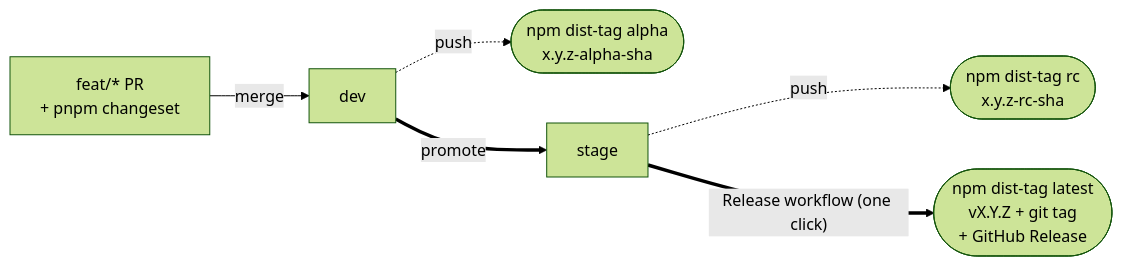
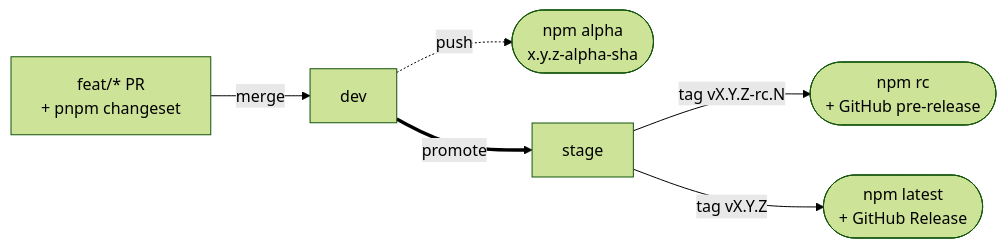
The diagram in CONTRIBUTING.md (blurifycom/openora), drawn with Mermaid (forest theme) before and after one commit. The commit also changed other lines of this file and 2 other files, not shown here.

Commit message:
ci: tag-driven rc + stable releases (alpha stays auto on dev)

````diff
--- a/CONTRIBUTING.md
+++ b/CONTRIBUTING.md
@@ -67,8 +67,8 @@
 ```mermaid
 flowchart LR
     PR["feat/* PR<br/>+ pnpm changeset"] -->|merge| DEV[dev]
-    DEV -. push .-> ALPHA(["npm dist-tag alpha<br/>x.y.z-alpha-sha"])
+    DEV -. push .-> ALPHA(["npm alpha<br/>x.y.z-alpha-sha"])
     DEV ==>|promote| STAGE[stage]
-    STAGE -. push .-> RC(["npm dist-tag rc<br/>x.y.z-rc-sha"])
-    STAGE ==>|"Release workflow (one click)"| LATEST(["npm dist-tag latest<br/>vX.Y.Z + git tag<br/>+ GitHub Release"])
+    STAGE -->|"tag vX.Y.Z-rc.N"| RC(["npm rc<br/>+ GitHub pre-release"])
+    STAGE -->|"tag vX.Y.Z"| LATEST(["npm latest<br/>+ GitHub Release"])
 ```
````
